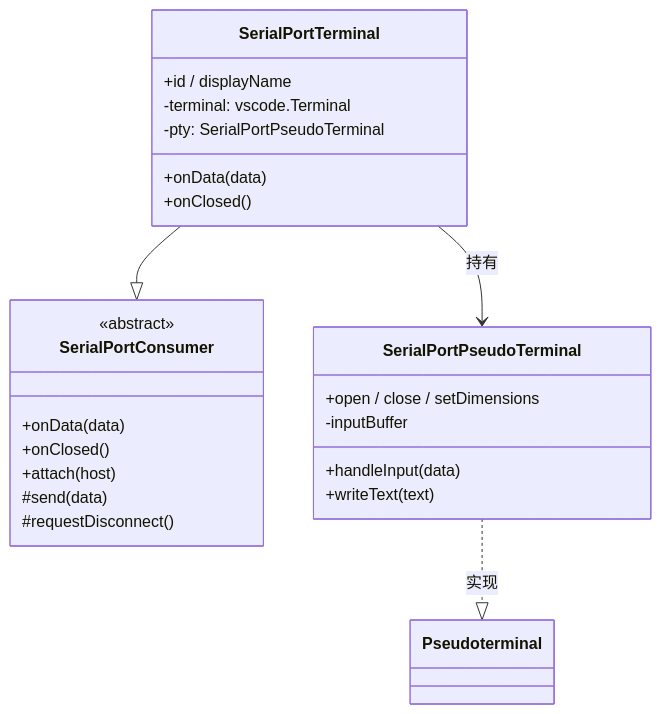
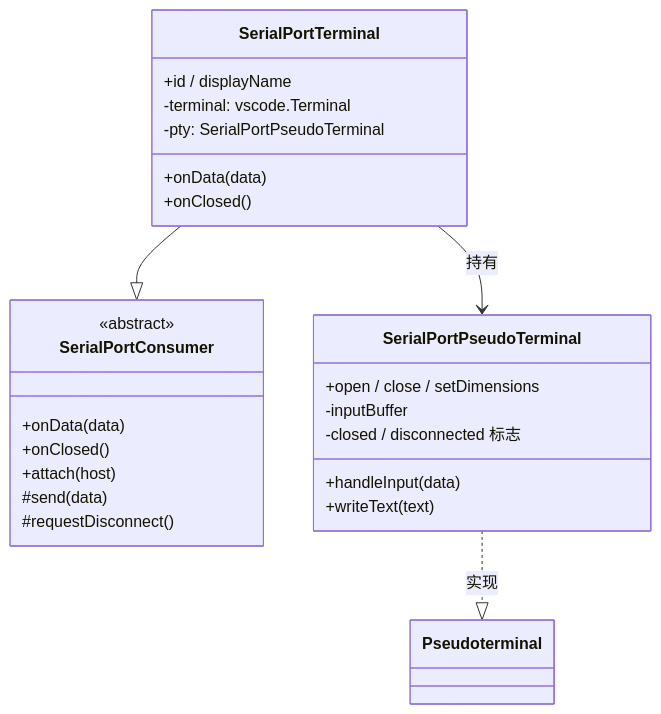
The diagram in doc/SerialPortTerminal设计.md (ziqiang-zhu/vscode-serial-port-terminal), drawn with Mermaid before and after one commit. The commit also changed other lines of this file and 10 other files, not shown here.

````diff
--- a/doc/SerialPortTerminal设计.md
+++ b/doc/SerialPortTerminal设计.md
@@ -59,27 +68,28 @@
 ```mermaid
 classDiagram
     class SerialPortConsumer {
         <<abstract>>
         +onData(data)
         +onClosed()
         +attach(host)
         #send(data)
         #requestDisconnect()
     }
     class SerialPortTerminal {
         +id / displayName
         +onData(data)
         +onClosed()
         -terminal: vscode.Terminal
         -pty: SerialPortPseudoTerminal
     }
     class SerialPortPseudoTerminal {
         +open / close / setDimensions
         +handleInput(data)
         +writeText(text)
         -inputBuffer
+        -closed / disconnected 标志
     }
     SerialPortTerminal --|> SerialPortConsumer
     SerialPortTerminal --> SerialPortPseudoTerminal : 持有
     SerialPortPseudoTerminal ..|> Pseudoterminal : 实现
 ```
````
